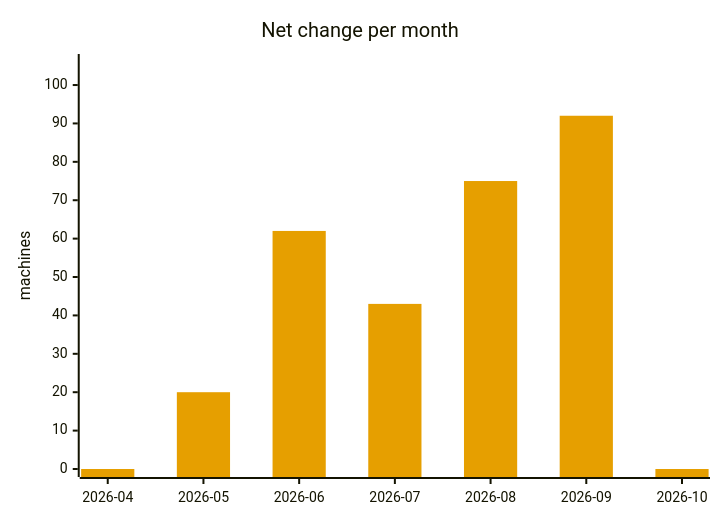
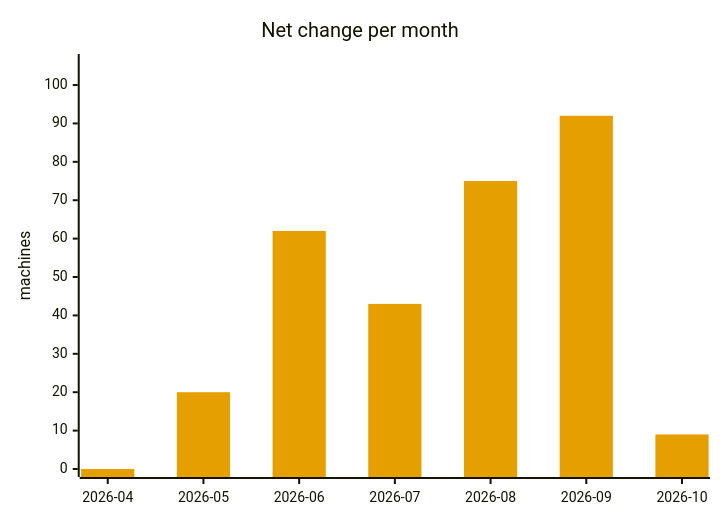
One commit to cheeaun/returnright-data changed the fifth of 5 diagrams in ANALYSIS.md. Above: the diagram before and after it, drawn with Mermaid. The commit also changed other lines of this file and 4 other files, not shown here.

````diff
--- a/ANALYSIS.md
+++ b/ANALYSIS.md
@@ -265,13 +265,13 @@
 ```mermaid
 ---
 config:
   themeVariables:
     xyChart:
       plotColorPalette: "#E69F00"
 ---
 xychart-beta
     title "Net change per month"
     x-axis ["2026-04", "2026-05", "2026-06", "2026-07", "2026-08", "2026-09", "2026-10"]
     y-axis "machines" 0 --> 106
-    bar [0, 20, 62, 43, 75, 92, 0]
+    bar [0, 20, 62, 43, 75, 92, 9]
 ```
````
